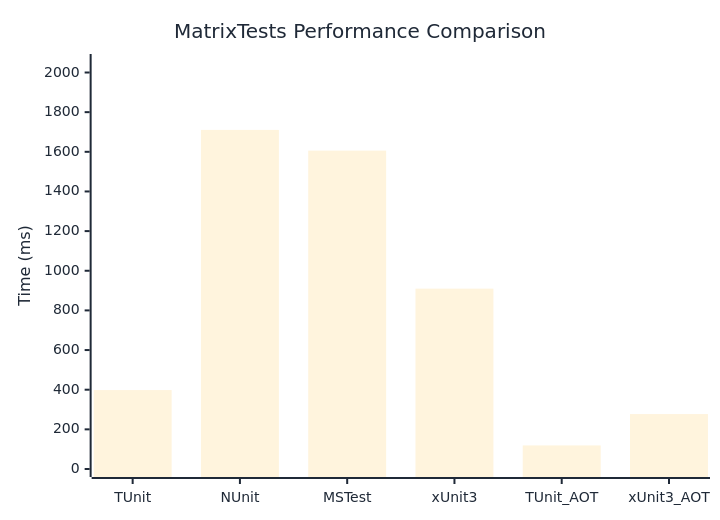
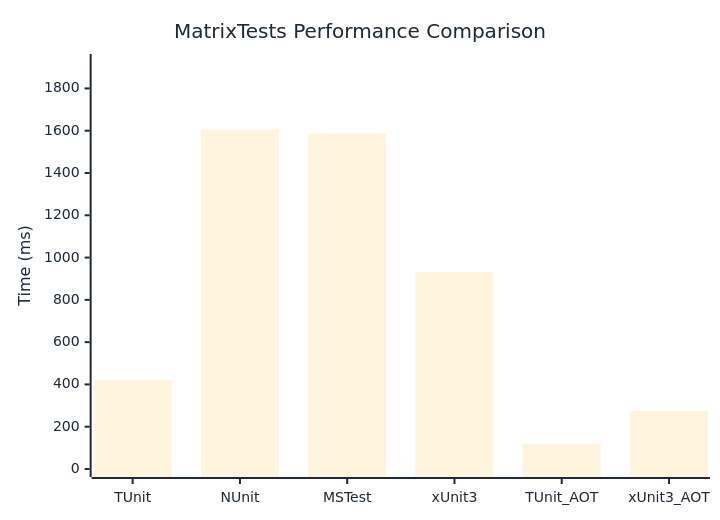
One commit to thomhurst/TUnit changed the diagram in docs/docs/benchmarks/engine/MatrixTests.md. Above: the diagram before and after it, drawn with Mermaid. The commit also changed other lines of this file and 18 other files, not shown here.

````diff
--- a/docs/docs/benchmarks/engine/MatrixTests.md
+++ b/docs/docs/benchmarks/engine/MatrixTests.md
@@ -30,37 +30,37 @@
 ```mermaid
 %%{init: {
   'theme':'base',
   'themeVariables': {
     'primaryColor': '#2563eb',
     'primaryTextColor': '#1f2937',
     'primaryBorderColor': '#1e40af',
     'lineColor': '#6b7280',
     'secondaryColor': '#7c3aed',
     'tertiaryColor': '#dc2626',
     'background': '#ffffff',
     'mainBkg': '#2563eb',
     'secondBkg': '#7c3aed',
     'tertiaryBkg': '#dc2626',
     'clusterBkg': '#f3f4f6',
     'edgeLabelBackground': '#ffffff',
     'tertiaryTextColor': '#1f2937',
     'pie1': '#2563eb',
     'pie2': '#7c3aed',
     'pie3': '#dc2626',
     'pie4': '#f59e0b',
     'pie5': '#10b981',
     'pie6': '#06b6d4',
     'pie7': '#ec4899',
     'pie8': '#6366f1',
     'pie9': '#84cc16',
     'pie10': '#f97316',
     'pie11': '#14b8a6',
     'pie12': '#a855f7'
   }
 }}%%
 xychart-beta
   title "MatrixTests Performance Comparison"
   x-axis ["TUnit", "NUnit", "MSTest", "xUnit3", "TUnit_AOT", "xUnit3_AOT"]
-  y-axis "Time (ms)" 0 --> 2053
-  bar [398.1, 1710.4, 1606, 909.7, 118.9, 277.1]
+  y-axis "Time (ms)" 0 --> 1925
+  bar [420.9, 1603.6, 1585.8, 931.1, 118.8, 275.4]
 ```
````
